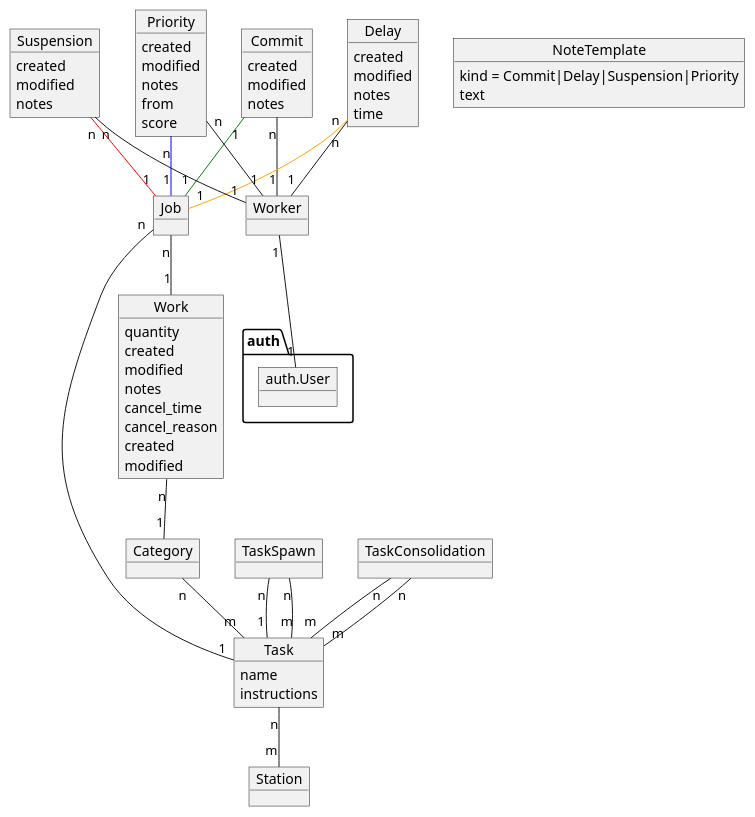
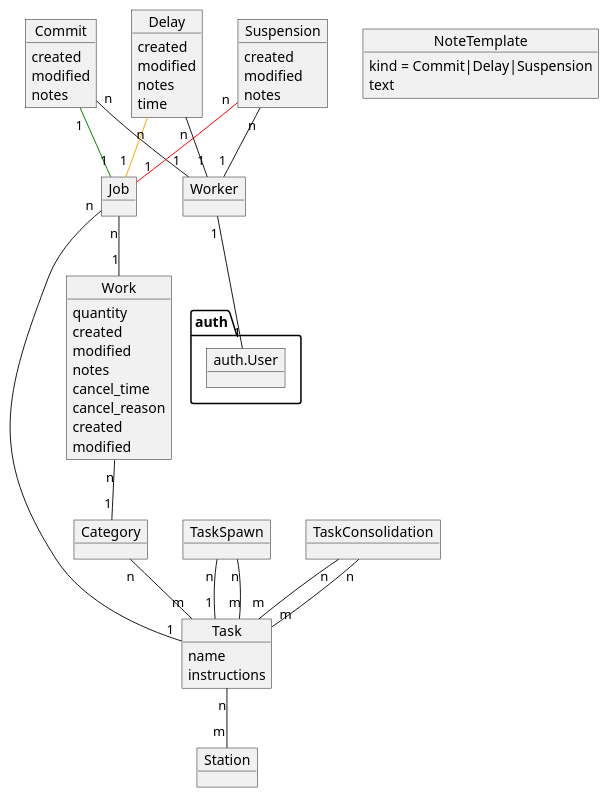
Before and after one commit to iriswm/iris: the diagram in docs/application.plantuml, drawn with PlantUML. The commit also changed 6 other files, not shown here.

Commit message:
Delete priority model

```diff
--- a/docs/application.plantuml
+++ b/docs/application.plantuml
@@ -1,191 +1,172 @@
 @startuml
 
 /'
 
 Each time the workshop receives a new order, each item type to be created is
 stored as a `Work` in the Iris site. When more than one item of the same time
 should be created, a desired quantity can be specified.
 
 Works track creation and modification times, can have notes and can be
 canceled.
 
 '/
 
 object Work
 
 Work : quantity
 Work : created
 Work : modified
 Work : notes
 Work : cancel_time
 Work : cancel_reason
 
 /'
 
 Each work will be part of a `Category`. Categories will map each work to a set
 of tasks (`Task` objects).
 
 Each task has individual `instructions` and a simple `name`.
 
 When a new work is created, the category is checked and an appropriate set of
 jobs are created (`Job` objects). Each of this jobs, when completed, will span
 extra works according to another model called `TaskSpawn`. Also, some tasks
 will be spawned when a set of tasks for the same line are completed (only when
 they are all completed). This tasks depending on sets of tasks are kept in the
 model `TaskConsolidation`.
 
 '/
 
 object Category
 
 Work "n" -- "1" Category
 
 object Task
 
 Category "n" -- "m" Task
 
 Task : name
 Task : instructions
 
 object Job
 
 Job "n" -- "1" Task
 Job "n" -- "1" Work
 
 object TaskSpawn
 object TaskConsolidation
 
 TaskSpawn "n" -- "1" Task
 TaskSpawn "n" -- "m" Task
 TaskConsolidation "n" -- "m" Task
 TaskConsolidation "n" -- "m" Task
 
 /'
 
 The items in the models `Task`, `Category`, `TaskSpawn` and `TaskConsolidation`
 represent trees of works needed to consider an order fulfilled.
 
 The works can be completed by any worker, identified in the model `Worker` and
 connected to an Django `User`. The works are marked as completed creating a new
 item in another model called `Commit`.
 
 '/
 
 object Worker
 object auth.User
 
 Worker "1" -- "1" auth.User
 
 object Commit
 
 Commit "1" -[#green]- "1" Job
 Commit "n" -- "1" Worker
 
 /'
 
 The items in `Work` and `Commit` are timestamped to keep track of the amount of
 time needed by each item in an Order and offer proper estimations and reports.
 The commits also have `notes`.
 
 '/
 
 Work : created
 Work : modified
 Commit : created
 Commit : modified
 Commit : notes
 
 /'
 
 The main purpose of the Iris site is to keep a list of station profiles in a
 `Station` model and offer a detail page for each station when the workers in
 the station can see the tasks pending work and the information needed for each
 task. The secondary purpose is to help with the estimation of order completion
 times and the tertiary purpose is to offer insights into work efficiency and
 performance.
 
 '/
 
 object Station
 
 Task "n" -- "m" Station
 
 /'
 
 The interface will be keep as simple as possible and will have utilities to
 ease the interaction using touch screens. A simple way to switch between
 workers profiles or an alternative should be provided. Also, a system for
 adding common notes using a few touches may be helpful.
 
 '/
 
 object NoteTemplate
-NoteTemplate : kind = Commit|Delay|Suspension|Priority
+NoteTemplate : kind = Commit|Delay|Suspension
 NoteTemplate : text
 
 /'
 
 Abnormal workflows in works will be handled using extra models:
 
 '/
 
 /'
 
 - The `Delay` model, with a specific time specified to hide the work in the
   station during that time and a note.
 
 '/
 
 object Delay
 
 Delay "n" -[#orange]- "1" Job
 Delay "n" -- "1" Worker
 
 Delay : created
 Delay : modified
 Delay : notes
 Delay : time
 
 /'
 
 - The `Suspension` model, for halts in works without time estimations, also
   with a note.
 
 '/
 
 object Suspension
 
 Suspension "n" -[#red]- "1" Job
 Suspension "n" -- "1" Worker
 
 Suspension : created
 Suspension : modified
 Suspension : notes
 
 /'
 
-- The `Priority` model, to give extra priority to certain work from a specific
-  date. This will override the default FIFO order for works with a different
-  score. The higher the score the higher the priority.
-
-'/
-
-object Priority
-
-Priority "n" -[#blue]- "1" Job
-Priority "n" -- "1" Worker
-
-Priority : created
-Priority : modified
-Priority : notes
-Priority : from
-Priority : score
-
-/'
-
 A system of alerts to handle delays or suspensions is also considerably useful
 to have, but in the meantime, an screen to show them should be enough.
 
 '/
 
 @enduml
```
